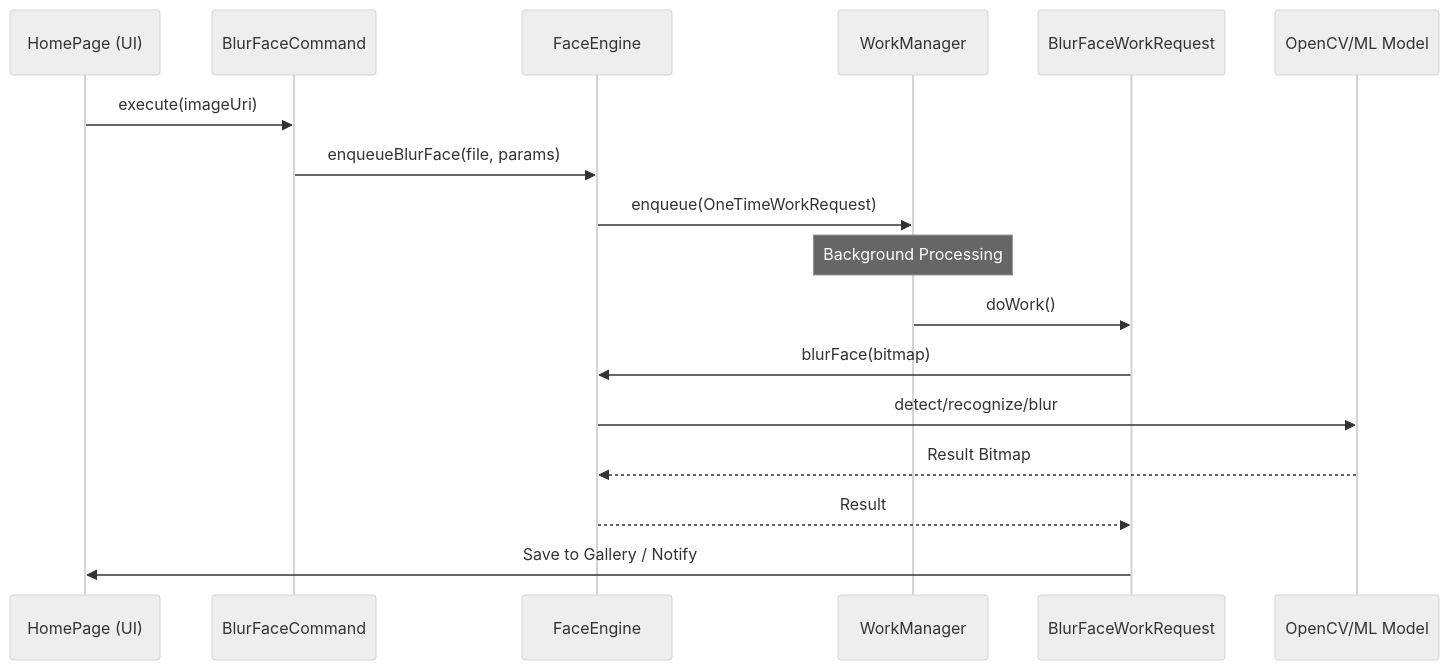
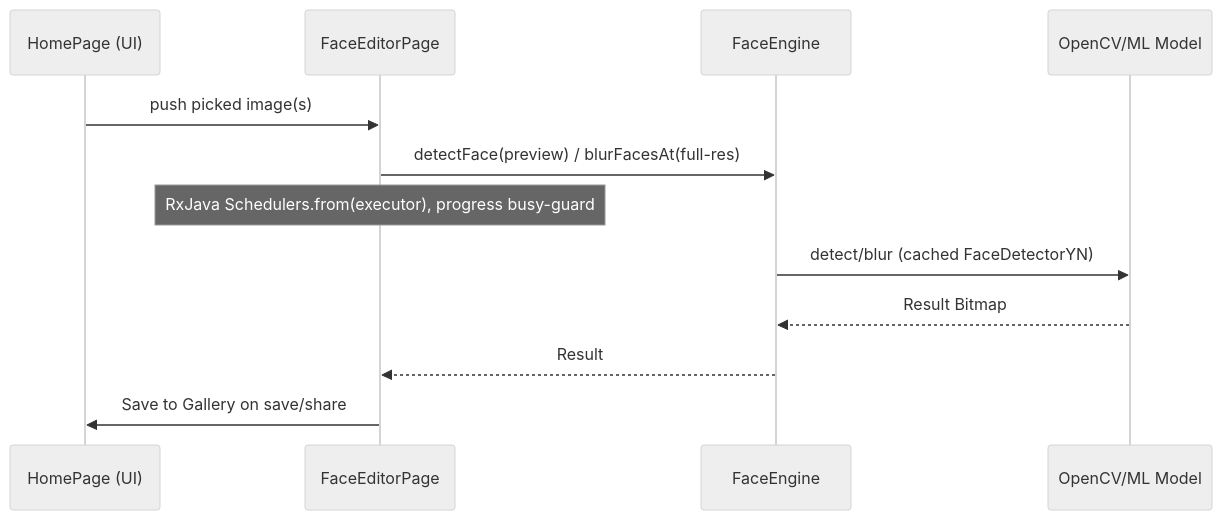
One commit to rh-id/a-jarwis changed the diagram in README.md. Above: the diagram before and after it, drawn with Mermaid (neutral theme). The commit also changed other lines of this file and 22 other files, not shown here.

````diff
--- a/README.md
+++ b/README.md
@@ -95,20 +93,15 @@
 ```mermaid
 sequenceDiagram
     participant UI as HomePage (UI)
-    participant Cmd as BlurFaceCommand
+    participant Page as FaceEditorPage
     participant Eng as FaceEngine
-    participant WM as WorkManager
-    participant Wkr as BlurFaceWorkRequest
     participant ML as OpenCV/ML Model
 
-    UI->>Cmd: execute(imageUri)
-    Cmd->>Eng: enqueueBlurFace(file, params)
-    Eng->>WM: enqueue(OneTimeWorkRequest)
-    Note over WM: Background Processing
-    WM->>Wkr: doWork()
-    Wkr->>Eng: blurFace(bitmap)
-    Eng->>ML: detect/recognize/blur
+    UI->>Page: push picked image(s)
+    Page->>Eng: detectFace(preview) / blurFacesAt(full-res)
+    Note over Page: RxJava Schedulers.from(executor), progress busy-guard
+    Eng->>ML: detect/blur (cached FaceDetectorYN)
     ML-->>Eng: Result Bitmap
-    Eng-->>Wkr: Result
-    Wkr->>UI: Save to Gallery / Notify
+    Eng-->>Page: Result
+    Page->>UI: Save to Gallery on save/share
 ```
````
